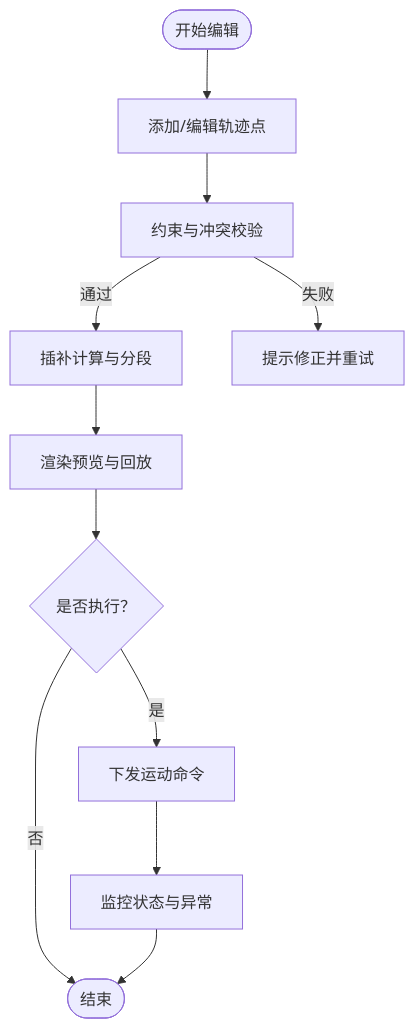
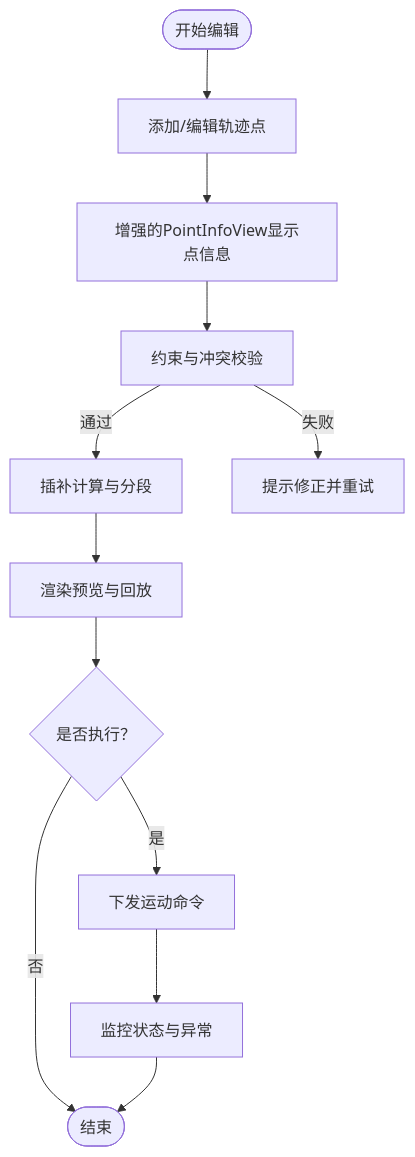
The third of 11 diagrams in .qoder/repowiki/zh/content/核心功能模块/轨迹规划模块 (Trajectory).md (fuweiq94-cloud/339918076), drawn with Mermaid before and after one commit. The commit also changed other lines of this file and 75 other files, not shown here.

````diff
--- a/.qoder/repowiki/zh/content/核心功能模块/轨迹规划模块 (Trajectory).md
+++ b/.qoder/repowiki/zh/content/核心功能模块/轨迹规划模块 (Trajectory).md
@@ -172,13 +192,14 @@
 ```mermaid
 flowchart TD
 Start(["开始编辑"]) --> AddPoint["添加/编辑轨迹点"]
-AddPoint --> Validate["约束与冲突校验"]
+AddPoint --> ShowInfo["增强的PointInfoView显示点信息"]
+ShowInfo --> Validate["约束与冲突校验"]
 Validate --> |通过| Interp["插补计算与分段"]
 Validate --> |失败| Fix["提示修正并重试"]
 Interp --> Preview["渲染预览与回放"]
 Preview --> Run{"是否执行？"}
 Run --> |否| End(["结束"])
 Run --> |是| Send["下发运动命令"]
 Send --> Monitor["监控状态与异常"]
 Monitor --> End
 ```
````
